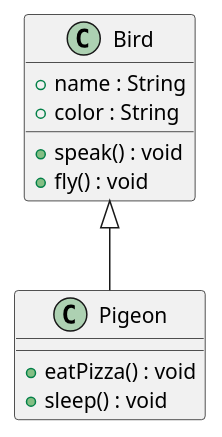
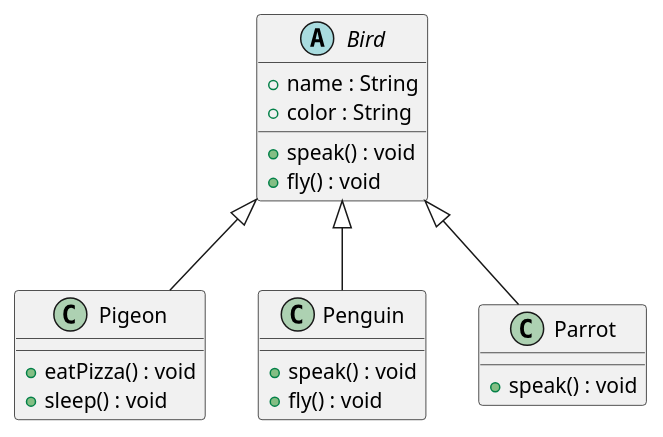
The diagram in src/Bird.puml (JavidRMir/introduction-to-oop-project), drawn with PlantUML before and after one commit. The commit also changed 6 other files, not shown here.

```diff
--- a/src/Bird.puml
+++ b/src/Bird.puml
@@ -1,17 +1,30 @@
 @startuml
 
-class Bird {
+abstract class Bird {
     + name : String
     + color : String
     + speak() : void
     + fly() : void
 }
 
 class Pigeon {
     + eatPizza() : void
     + sleep() : void
 }
 
 Bird <|-- Pigeon
 
+class Penguin {
+    + speak() : void
+    + fly() : void
+}
+
+Bird <|-- Penguin
+
+class Parrot {
+    + speak() : void
+}
+
+Bird <|-- Parrot
+
 @enduml
```
